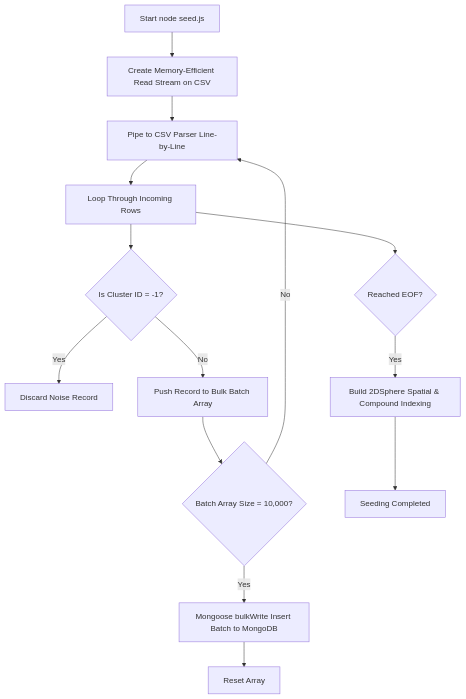
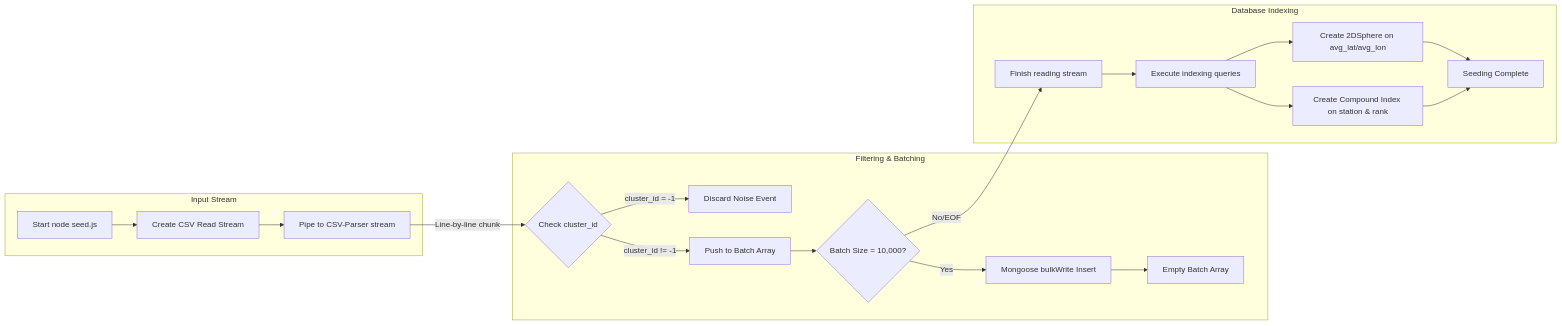
The sixth of 7 diagrams in README.md (NJaiS-88/flipkart), drawn with Mermaid before and after one commit. The commit also changed other lines of this file, not shown here.

Commit message:
docs: refactor Mermaid diagrams in README to LR and add high-complexity detail

````diff
--- a/README.md
+++ b/README.md
@@ -205,16 +235,22 @@
 ```mermaid
-graph TD
-    StartSeed[Start node seed.js] --> CreateStream[Create Memory-Efficient Read Stream on CSV]
-    CreateStream --> PipeParser[Pipe to CSV Parser Line-by-Line]
-    PipeParser --> LineLoop[Loop Through Incoming Rows]
-    LineLoop --> FilterNoise{Is Cluster ID = -1?}
-    FilterNoise -->|Yes| DiscardNode[Discard Noise Record]
-    FilterNoise -->|No| PushBatch[Push Record to Bulk Batch Array]
-    PushBatch --> BatchCheck{Batch Array Size = 10,000?}
-    BatchCheck -->|Yes| BulkWrite[Mongoose bulkWrite Insert Batch to MongoDB]
-    BulkWrite --> ResetArr[Reset Array]
-    BatchCheck -->|No| PipeParser
-    LineLoop --> Finished{Reached EOF?}
-    Finished -->|Yes| BuildIdx[Build 2DSphere Spatial & Compound Indexing]
-    BuildIdx --> Completed[Seeding Completed]
+graph LR
+    subgraph Input Stream
+        A[Start node seed.js] --> B[Create CSV Read Stream]
+        B --> C[Pipe to CSV-Parser stream]
+    end
+    subgraph Filtering & Batching
+        C -->|Line-by-line chunk| D{Check cluster_id}
+        D -->|cluster_id = -1| E[Discard Noise Event]
+        D -->|cluster_id != -1| F[Push to Batch Array]
+        F --> G{Batch Size = 10,000?}
+        G -->|Yes| H[Mongoose bulkWrite Insert]
+        H --> I[Empty Batch Array]
+    end
+    subgraph Database Indexing
+        G -->|No/EOF| J[Finish reading stream]
+        J --> K[Execute indexing queries]
+        K --> L[Create 2DSphere on avg_lat/avg_lon]
+        K --> M[Create Compound Index on station & rank]
+        L & M --> N[Seeding Complete]
+    end
 ```
````
